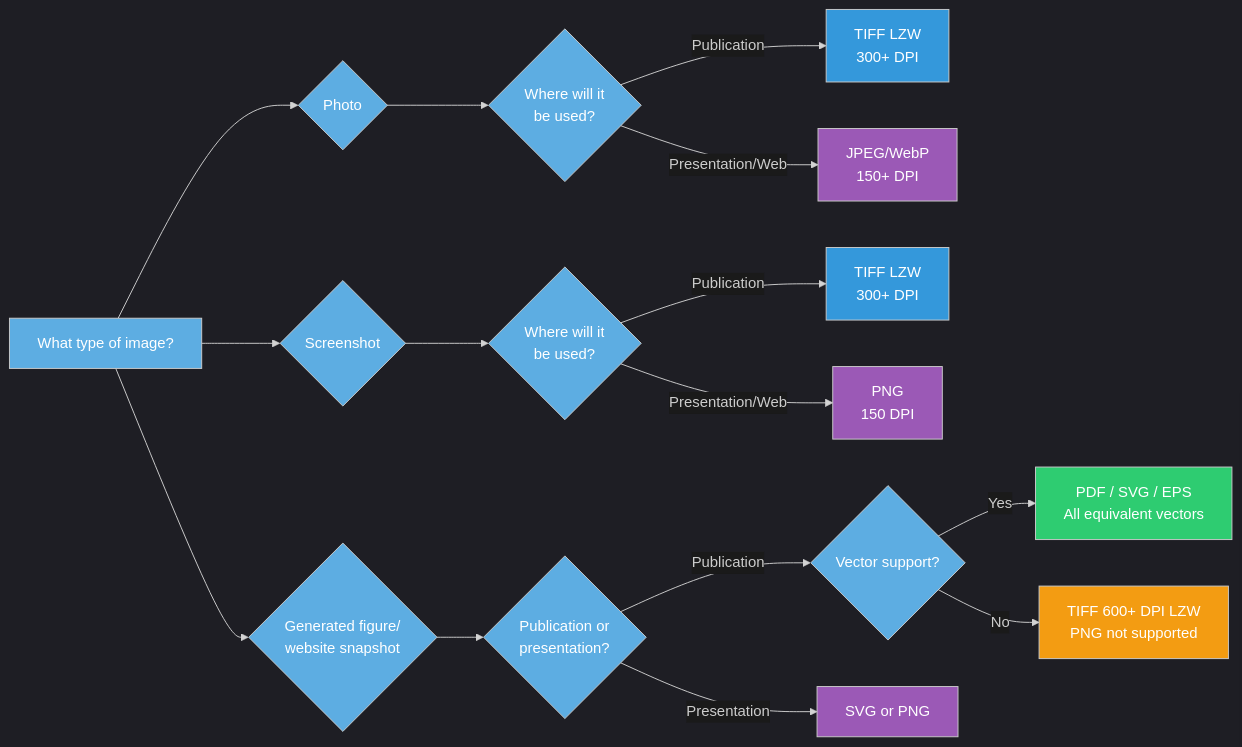
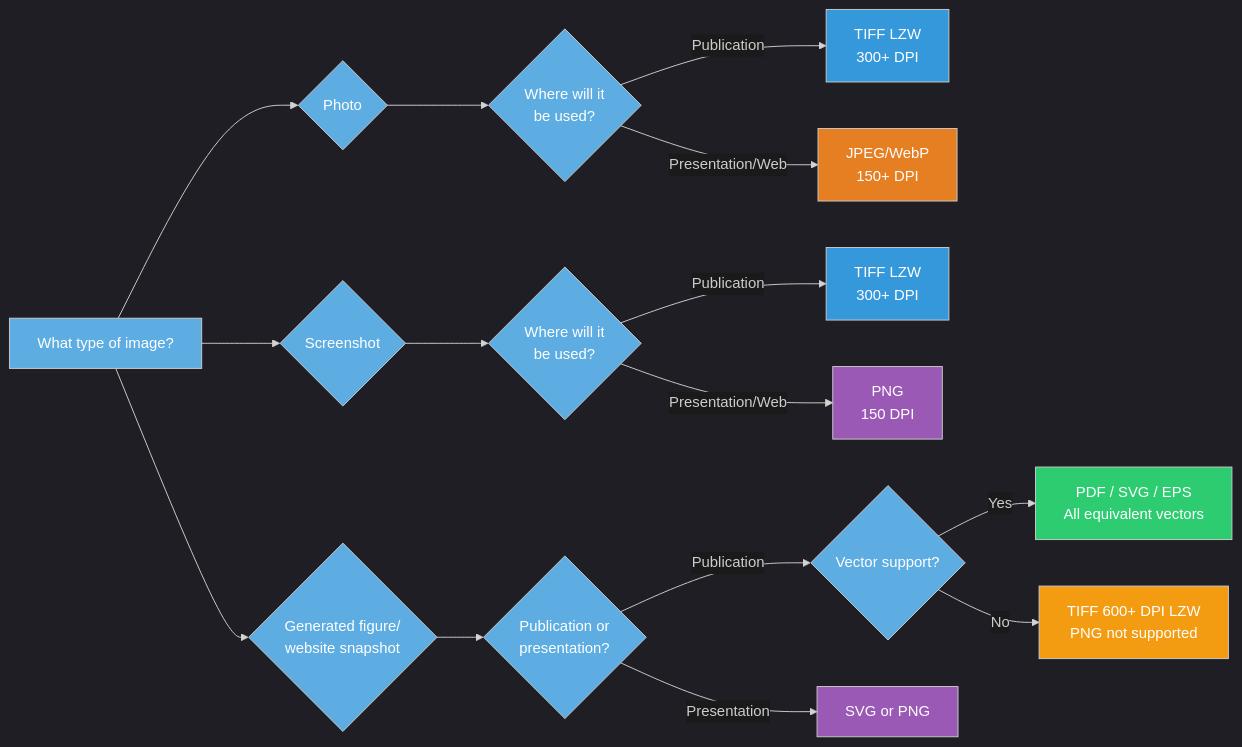
One commit to stanstrup/figure_presentation changed the diagram in topics/01_formats.qmd. Above: the diagram before and after it, drawn with Mermaid.

Commit message:
Distinguish JPEG/WebP with unique color in flowchart
- Changed B3 (JPEG/WebP for photos/presentation) from purple to carrot orange (#e67e22)
- Differentiates lossy photo formats from lossless presentation formats

````diff
--- a/topics/01_formats.qmd
+++ b/topics/01_formats.qmd
@@ -198,41 +198,41 @@
 ```{mermaid}
 %%{init: {'theme':'dark', 'themeVariables': {'edgeLabelBackground':'#1a1a1a', 'primaryTextColor':'#fff', 'secondaryTextColor':'#fff', 'tertiaryTextColor':'#fff'}}}%%
 
 flowchart LR
     A[What type of image?] --> B{Photo}
     A --> C{Screenshot}
     A --> D{Generated figure/<br/>website snapshot}
 
 
     B --> B1{Where will it<br/>be used?}
     B1 -->|Publication| B2[TIFF LZW<br/>300+ DPI]
     B1 -->|Presentation/Web| B3[JPEG/WebP <br/> 150+ DPI]
 
     C --> C1{Where will it<br/>be used?}
     C1 -->|Publication| C2[TIFF LZW<br/>300+ DPI]
     C1 -->|Presentation/Web| C3[PNG<br/>150 DPI]
 
     D --> D1{Publication or<br/>presentation?}
     D1 -->|Publication| D2{Vector support?}
     D1 -->|Presentation| D3[SVG or PNG]
 
     D2 -->|Yes| D4[PDF / SVG / EPS<br/>All equivalent vectors]
     D2 -->|No| D5[TIFF 600+ DPI LZW<br/>PNG not supported]
 
     style A fill:#5dade2,color:#fff
     style B fill:#5dade2,color:#fff
     style C fill:#5dade2,color:#fff
     style D fill:#5dade2,color:#fff
     style B1 fill:#5dade2,color:#fff
     style C1 fill:#5dade2,color:#fff
     style D1 fill:#5dade2,color:#fff
     style D2 fill:#5dade2,color:#fff
     style D4 fill:#2ecc71,color:#fff
     style D5 fill:#f39c12,color:#fff
     style D3 fill:#9b59b6,color:#fff
     style B2 fill:#3498db,color:#fff
-    style B3 fill:#9b59b6,color:#fff
+    style B3 fill:#e67e22,color:#fff
     style C2 fill:#3498db,color:#fff
     style C3 fill:#9b59b6,color:#fff
 
 ```
````
